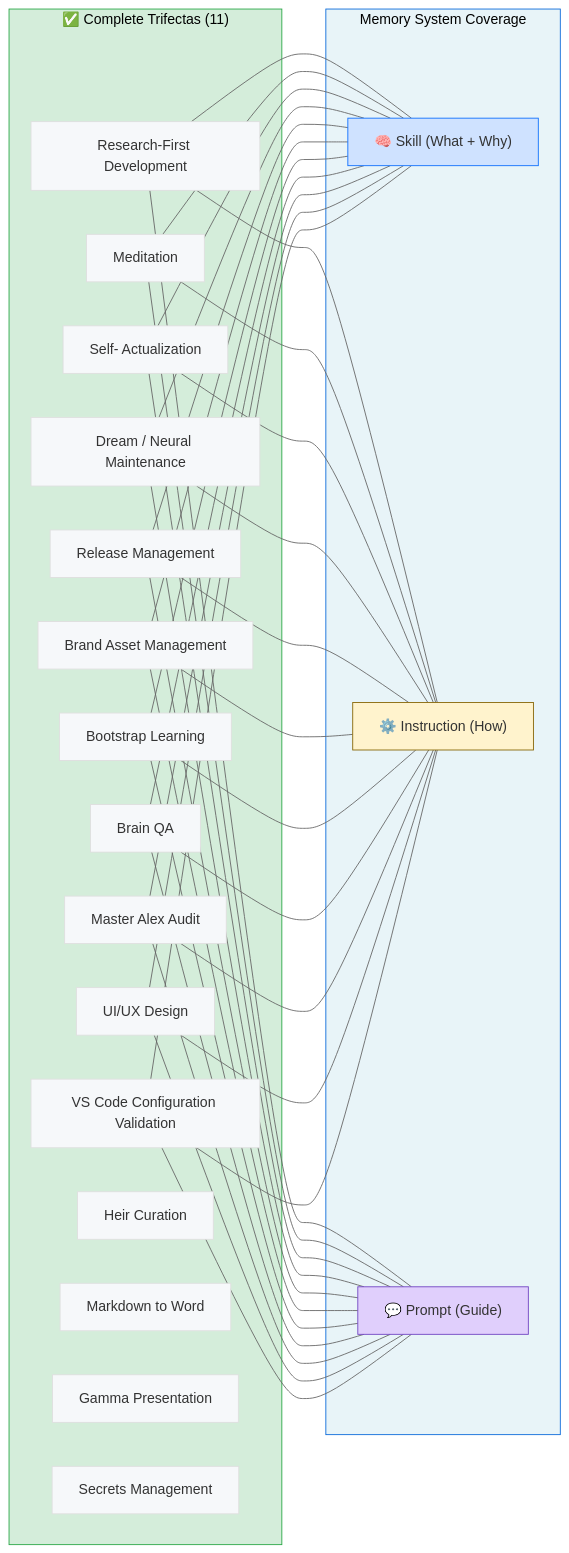
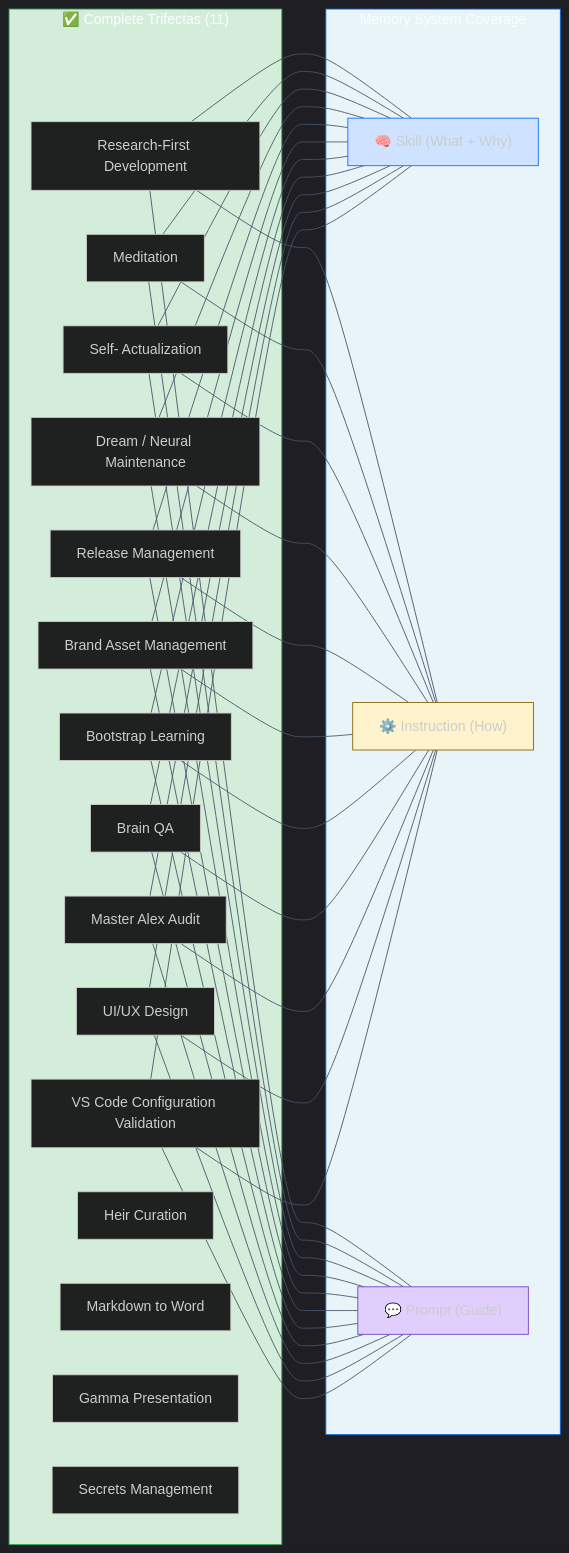
One commit to fabioc-aloha/Alex_Plug_In changed the diagram in alex_docs/architecture/TRIFECTA-CATALOG.md. Above: the diagram before and after it, drawn with Mermaid. The commit also changed 13 other files, not shown here.

Commit message:
brand(M4.8-4.10): mermaid theme snippet + inject CorreaX theme into arch diagrams + standardize badge colors

````diff
--- a/alex_docs/architecture/TRIFECTA-CATALOG.md
+++ b/alex_docs/architecture/TRIFECTA-CATALOG.md
@@ -281,45 +281,45 @@
 ```mermaid
-%%{init: {'theme': 'base', 'themeVariables': { 'lineColor': '#666', 'primaryColor': '#f6f8fa'}}}%%
+%%{init: {'theme': 'dark', 'themeVariables': {'background': '#0f172a', 'primaryColor': '#1e293b', 'primaryTextColor': '#f1f5f9', 'primaryBorderColor': '#818cf8', 'lineColor': '#475569', 'secondaryColor': '#1e293b', 'secondaryBorderColor': '#2dd4bf', 'tertiaryColor': '#1e293b', 'fontFamily': 'Segoe UI, system-ui, sans-serif'}}}%%
 flowchart LR
     subgraph COMPLETE["✅ Complete Trifectas (11)"]
         RFD["Research-First Development"]
         MED["Meditation"]
         SA["Self- Actualization"]
         DS["Dream / Neural Maintenance"]
         REL["Release Management"]
         BAM["Brand Asset Management"]
         BL["Bootstrap Learning"]
         BQA["Brain QA"]
         MAA["Master Alex Audit"]
         UIUX["UI/UX Design"]
         VSCC["VS Code Configuration Validation"]
         HC["Heir Curation"]
         MD2W["Markdown to Word"]
         GAMMA["Gamma Presentation"]
         SEC["Secrets Management"]
     end
 
     subgraph LAYERS["Memory System Coverage"]
         SK["🧠 Skill (What + Why)"]
         INS["⚙️ Instruction (How)"]
         PR["💬 Prompt (Guide)"]
     end
 
     RFD --- SK & INS & PR
     MED --- SK & INS & PR
     SA --- SK & INS & PR
     DS --- SK & INS & PR
     REL --- SK & INS & PR
     BAM --- SK & INS & PR
     BL --- SK & INS & PR
     BQA --- SK & INS & PR
     MAA --- SK & INS & PR
     UIUX --- SK & INS & PR
     VSCC --- SK & INS & PR
 
     style COMPLETE fill:#d4edda,stroke:#28a745
     style LAYERS fill:#e8f4f8,stroke:#0969da
     style SK fill:#cfe2ff,stroke:#0d6efd
     style INS fill:#fff3cd,stroke:#856404
     style PR fill:#e0cffc,stroke:#6f42c1
 ```
````
